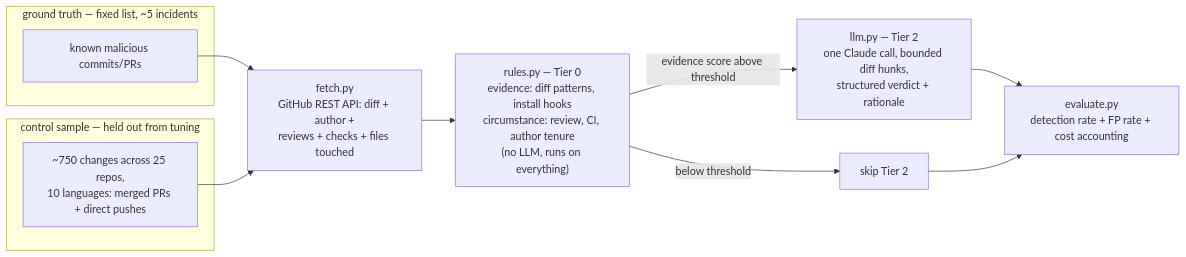
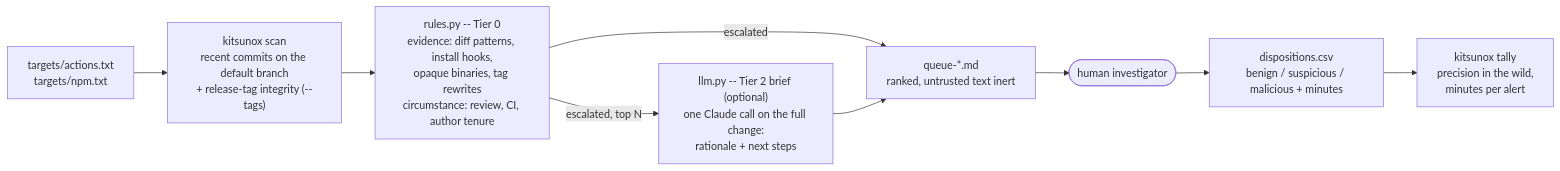
One commit to TheStair/kitsunox changed the diagram in docs/Plan.md. Above: the diagram before and after it, drawn with Mermaid. The commit also changed other lines of this file, not shown here.

First line of the commit message:
Update Plan.md: wide-net triage for a human investigator

````diff
--- a/docs/Plan.md
+++ b/docs/Plan.md
@@ -41,15 +48,12 @@
 ```mermaid
 flowchart LR
-    subgraph Ground["ground truth — fixed list, ~5 incidents"]
-        INC["known malicious commits/PRs"]
-    end
-    subgraph Control["control sample — held out from tuning"]
-        CTL["~750 changes across 25 repos,<br/>10 languages: merged PRs + direct pushes"]
-    end
-
-    INC & CTL --> FETCH["fetch.py<br/>GitHub REST API: diff + author +<br/>reviews + checks + files touched"]
-    FETCH --> T0["rules.py — Tier 0<br/>evidence: diff patterns, install hooks<br/>circumstance: review, CI, author tenure<br/>(no LLM, runs on everything)"]
-    T0 -->|evidence score above threshold| T2["llm.py — Tier 2<br/>one Claude call, bounded diff hunks,<br/>structured verdict + rationale"]
-    T0 -->|below threshold| SKIP["skip Tier 2"]
-    T2 & SKIP --> REPORT["evaluate.py<br/>detection rate + FP rate + cost accounting"]
+    TGT["targets/actions.txt<br/>targets/npm.txt"] --> HUNT
+    HUNT["kitsunox scan<br/>recent commits on the default branch<br/>+ release-tag integrity (--tags)"] --> T0
+    T0["rules.py -- Tier 0<br/>evidence: diff patterns, install hooks,<br/>opaque binaries, tag rewrites<br/>circumstance: review, CI, author tenure"]
+    T0 -->|escalated, top N| T2["llm.py -- Tier 2 brief (optional)<br/>one Claude call on the full change:<br/>rationale + next steps"]
+    T0 -->|escalated| Q
+    T2 --> Q["queue-*.md<br/>ranked, untrusted text inert"]
+    Q --> HUMAN(["human investigator"])
+    HUMAN --> D["dispositions.csv<br/>benign / suspicious / malicious + minutes"]
+    D --> TALLY["kitsunox tally<br/>precision in the wild,<br/>minutes per alert"]
 ```
````
